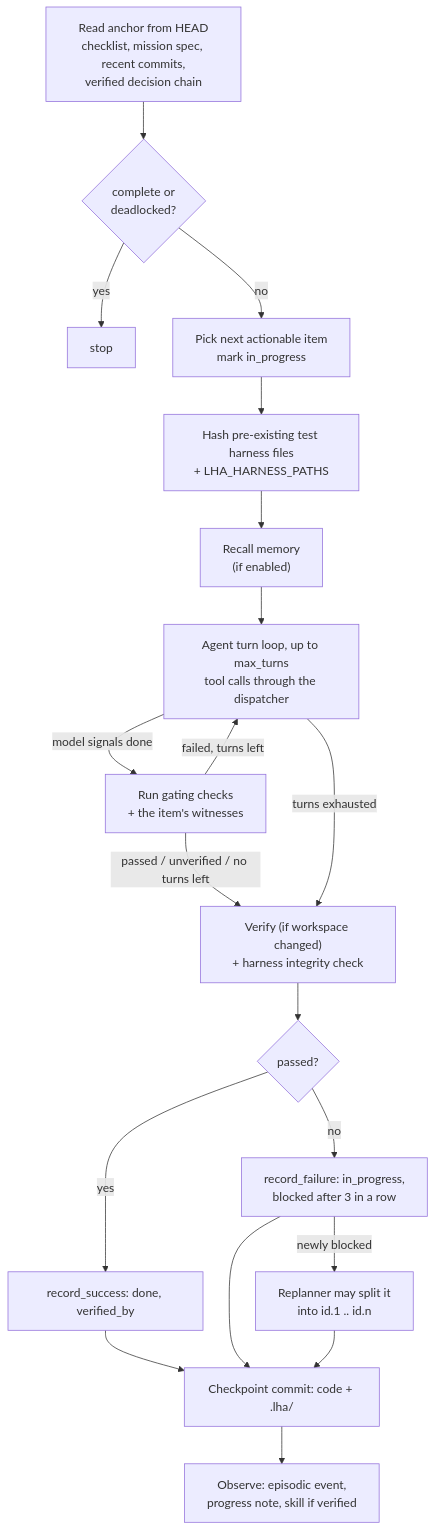
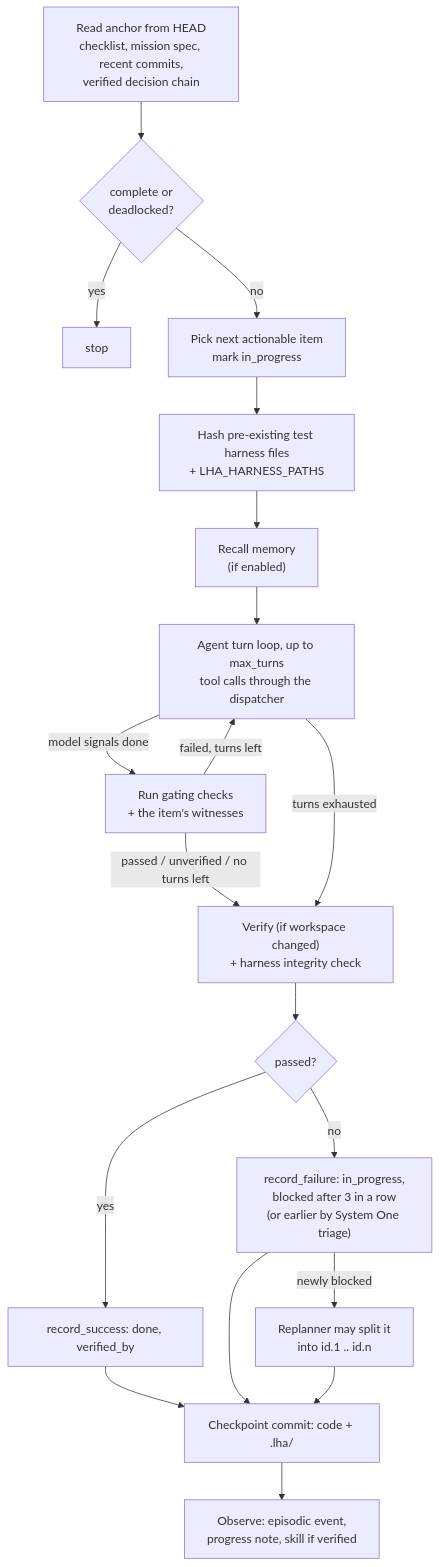
One commit to calvinchengx/long-horizon-agent changed the fourth of 4 diagrams in docs/05-architecture.md. Above: the diagram before and after it, drawn with Mermaid. The commit also changed other lines of this file and 17 other files, not shown here.

First line of the commit message:
docs: fix stale claims, broken edit link and oversized diagram

````diff
--- a/docs/05-architecture.md
+++ b/docs/05-architecture.md
@@ -338,21 +311,21 @@
 ```mermaid
 flowchart TD
     A["Read anchor from HEAD<br/>checklist, mission spec, recent commits,<br/>verified decision chain"] --> B{"complete or<br/>deadlocked?"}
     B -- yes --> Z["stop"]
     B -- no --> C["Pick next actionable item<br/>mark in_progress"]
     C --> D["Hash pre-existing test harness files<br/>+ LHA_HARNESS_PATHS"]
     D --> M["Recall memory<br/>(if enabled)"]
     M --> E["Agent turn loop, up to max_turns<br/>tool calls through the dispatcher"]
     E -- "model signals done" --> F["Run gating checks<br/>+ the item's witnesses"]
     F -- failed, turns left --> E
     F -- "passed / unverified / no turns left" --> G
     E -- "turns exhausted" --> G["Verify (if workspace changed)<br/>+ harness integrity check"]
     G --> H{"passed?"}
     H -- yes --> I["record_success: done, verified_by"]
-    H -- no --> J["record_failure: in_progress,<br/>blocked after 3 in a row"]
+    H -- no --> J["record_failure: in_progress,<br/>blocked after 3 in a row<br/>(or earlier by System One triage)"]
     J -- "newly blocked" --> S["Replanner may split it<br/>into id.1 .. id.n"]
     I --> K["Checkpoint commit: code + .lha/"]
     J --> K
     S --> K
     K --> O["Observe: episodic event,<br/>progress note, skill if verified"]
 ```
````
